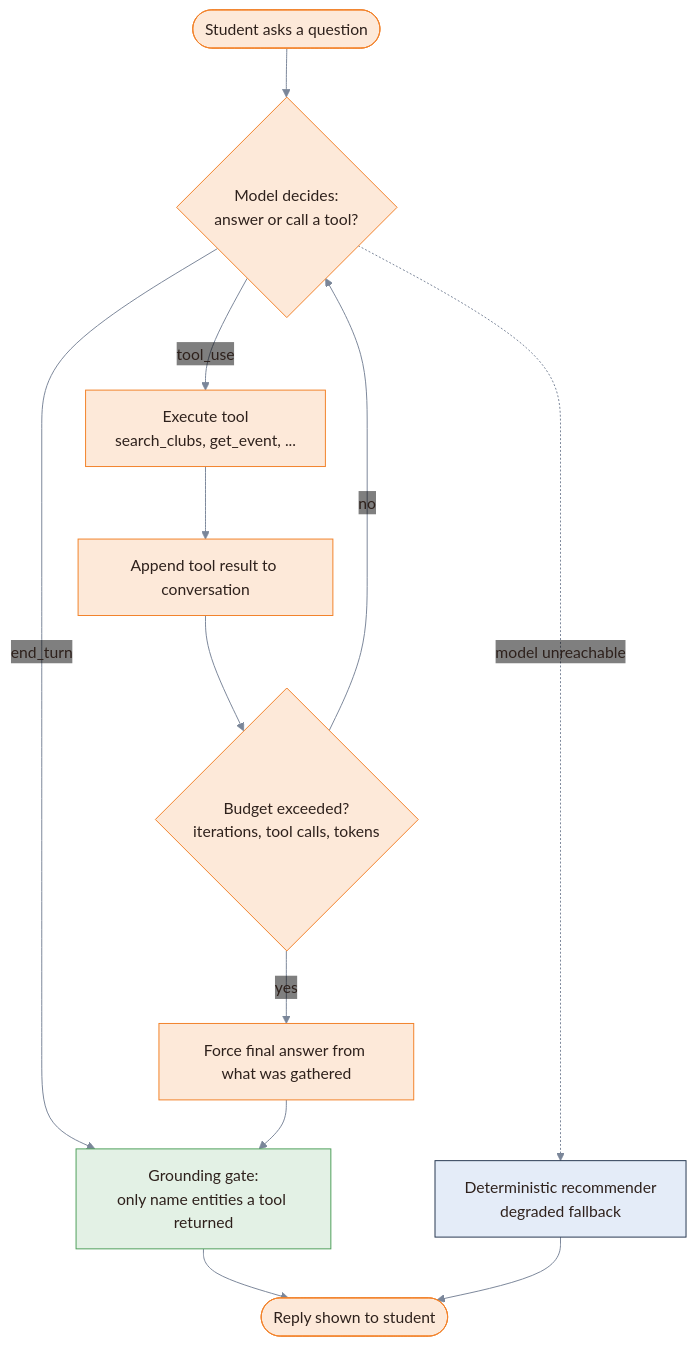
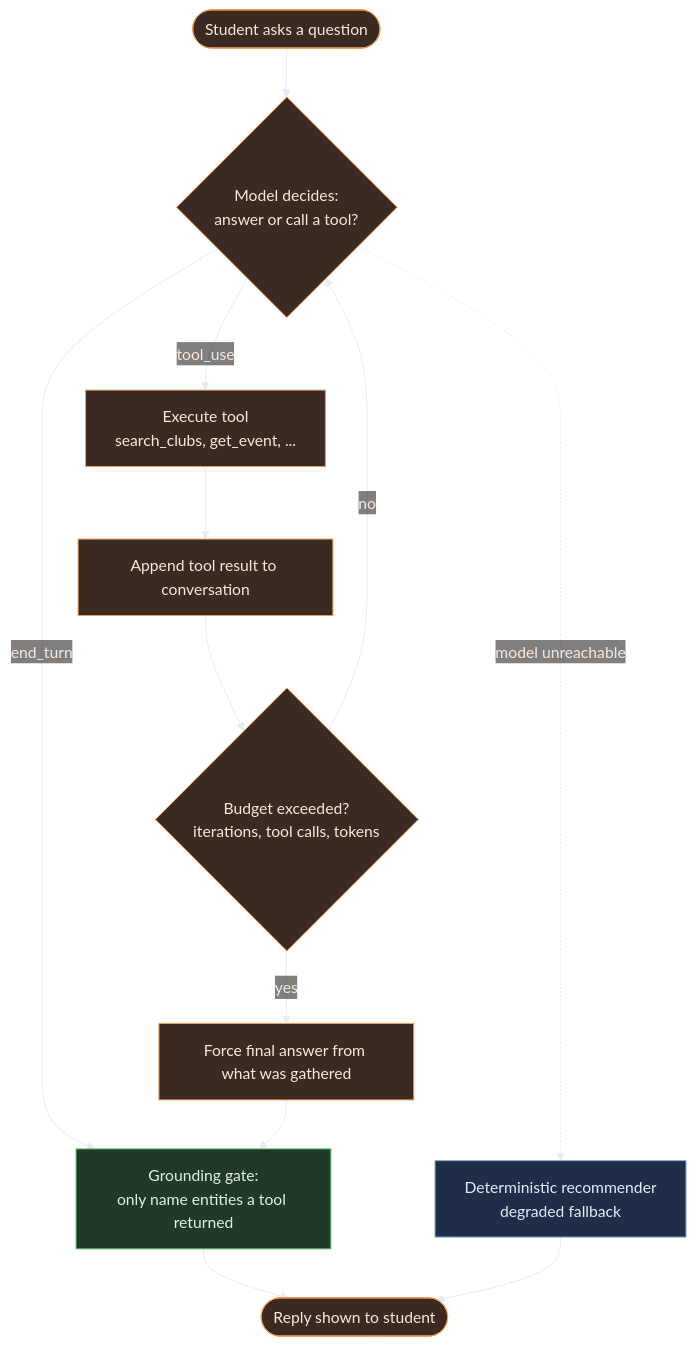
One commit to 1mystic/Campus-Connect changed the second of 2 diagrams in README.md. Above: the diagram before and after it, drawn with Mermaid. The commit also changed other lines of this file, not shown here.

Commit message:
Update mermaid diagrams with new theme colors

````diff
--- a/README.md
+++ b/README.md
@@ -176,22 +198,32 @@
 ```mermaid
-%%{init: {'theme':'base','themeVariables':{'primaryColor':'#FDE9D9','primaryBorderColor':'#F28229','primaryTextColor':'#2E211C','lineColor':'#7A8699','textColor':'#7A8699','secondaryColor':'#E3F1E5','tertiaryColor':'#FDFBF9','edgeLabelBackground':'transparent'}}}%%
+%%{init: {'theme':'base','themeVariables':{
+  'primaryColor':'#3A2A22',
+  'primaryBorderColor':'#F29A52',
+  'primaryTextColor':'#FDE9D9',
+  'lineColor':'#E6ECF5',
+  'textColor':'#FFFFFF',
+  'tertiaryTextColor':'#FFFFFF',
+  'secondaryColor':'#1F3A26',
+  'tertiaryColor':'#0D1117',
+  'edgeLabelBackground':'transparent'
+}}}%%
 flowchart TD
     Q([Student asks a question]) --> D{Model decides:<br/>answer or call a tool?}
     D -- tool_use --> T[Execute tool<br/>search_clubs, get_event, ...]
     T --> A[Append tool result to conversation]
     A --> B{Budget exceeded?<br/>iterations, tool calls, tokens}
     B -- no --> D
     B -- yes --> F[Force final answer from what was gathered]
     D -- end_turn --> G
     F --> G[Grounding gate:<br/>only name entities a tool returned]
     D -. model unreachable .-> X[Deterministic recommender<br/>degraded fallback]
     G --> R([Reply shown to student])
     X --> R
 
-    classDef brand fill:#FDE9D9,stroke:#F28229,color:#2E211C;
-    classDef safe fill:#E3F1E5,stroke:#4E9F5A,color:#2E211C;
-    classDef fallback fill:#E4ECF8,stroke:#26364F,color:#2E211C;
+    classDef brand fill:#3A2A22,stroke:#F29A52,color:#FDE9D9;
+    classDef safe fill:#1F3A26,stroke:#5FBF6E,color:#E3F1E5;
+    classDef fallback fill:#1F2E47,stroke:#8FA8D6,color:#E4ECF8;
     class D,T,A,B,F brand;
     class G safe;
     class X fallback;
 ```
````
